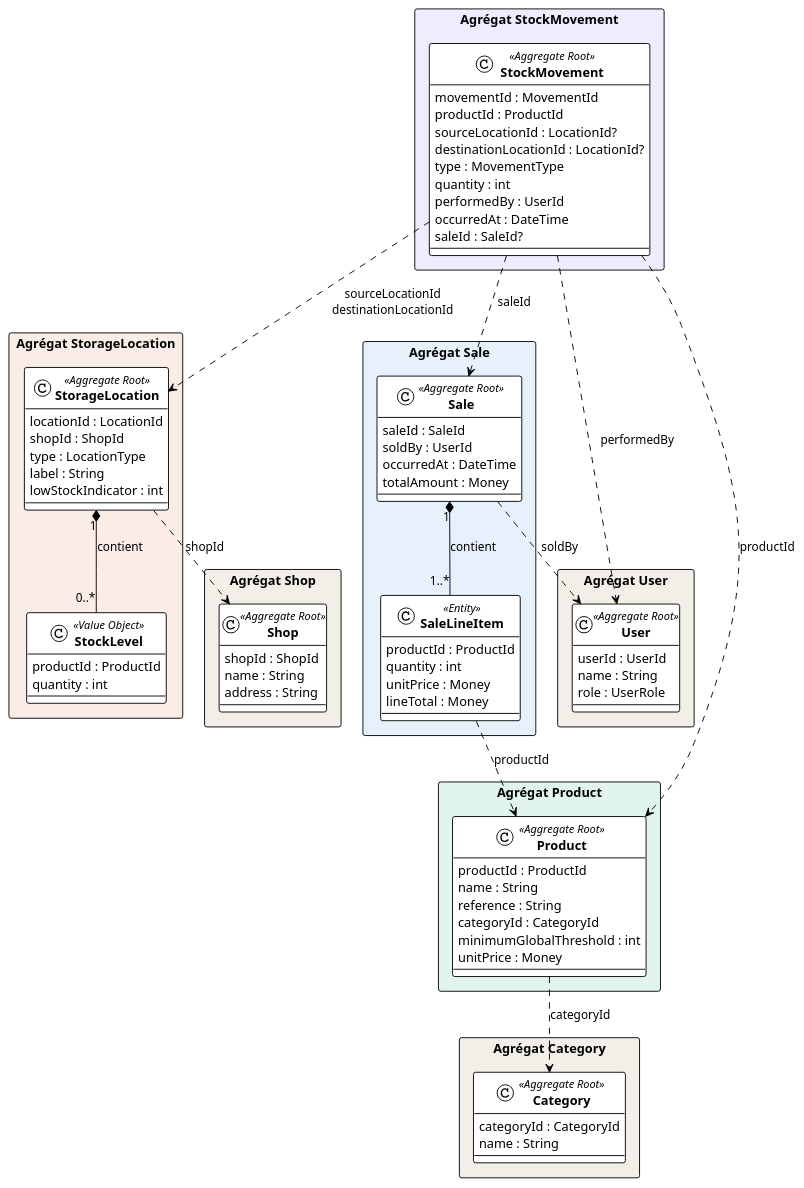
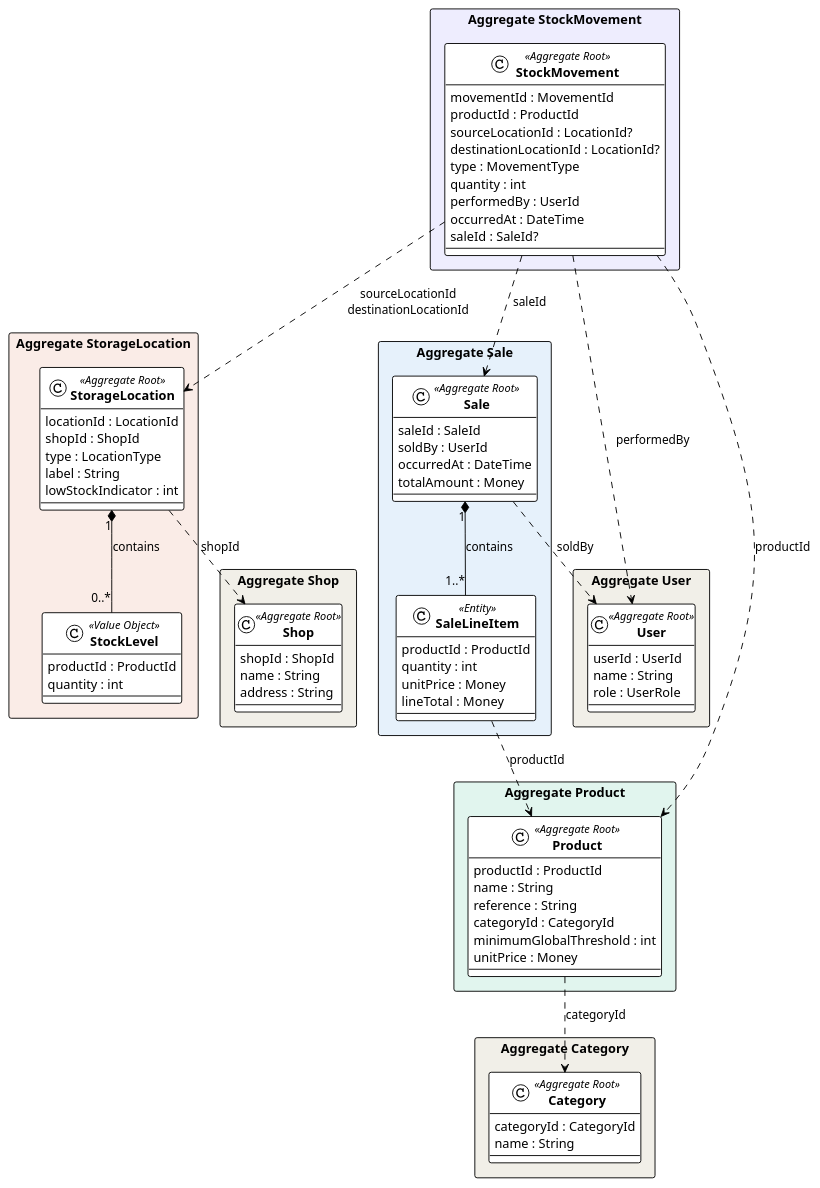
One commit to aliCheikCheikh/auto-stock-management changed the diagram in antora-docs/modules/domain/pages/aggregates.adoc. Above: the diagram before and after it, drawn with PlantUML. The commit also changed other lines of this file and 542 other files, not shown here.

```diff
--- a/antora-docs/modules/domain/pages/aggregates.adoc
+++ b/antora-docs/modules/domain/pages/aggregates.adoc
@@ -31,7 +29,7 @@
 skinparam classAttributeIconSize 0
 skinparam classFontStyle bold
 
-package "Agrégat Product" <<Rectangle>> #E1F5EE {
+package "Aggregate Product" <<Rectangle>> #E1F5EE {
   class Product <<Aggregate Root>> {
     productId : ProductId
     name : String
@@ -42,7 +40,7 @@
   }
 }
 
-package "Agrégat StorageLocation" <<Rectangle>> #FAECE7 {
+package "Aggregate StorageLocation" <<Rectangle>> #FAECE7 {
   class StorageLocation <<Aggregate Root>> {
     locationId : LocationId
     shopId : ShopId
@@ -56,10 +54,10 @@
     quantity : int
   }
 
-  StorageLocation "1" *-- "0..*" StockLevel : contient
+  StorageLocation "1" *-- "0..*" StockLevel : contains
 }
 
-package "Agrégat StockMovement" <<Rectangle>> #EEEDFE {
+package "Aggregate StockMovement" <<Rectangle>> #EEEDFE {
   class StockMovement <<Aggregate Root>> {
     movementId : MovementId
     productId : ProductId
@@ -73,7 +71,7 @@
   }
 }
 
-package "Agrégat Sale" <<Rectangle>> #E6F1FB {
+package "Aggregate Sale" <<Rectangle>> #E6F1FB {
   class Sale <<Aggregate Root>> {
     saleId : SaleId
     soldBy : UserId
@@ -88,17 +86,17 @@
     lineTotal : Money
   }
 
-  Sale "1" *-- "1..*" SaleLineItem : contient
+  Sale "1" *-- "1..*" SaleLineItem : contains
 }
 
-package "Agrégat Category" <<Rectangle>> #F1EFE8 {
+package "Aggregate Category" <<Rectangle>> #F1EFE8 {
   class Category <<Aggregate Root>> {
     categoryId : CategoryId
     name : String
   }
 }
 
-package "Agrégat Shop" <<Rectangle>> #F1EFE8 {
+package "Aggregate Shop" <<Rectangle>> #F1EFE8 {
   class Shop <<Aggregate Root>> {
     shopId : ShopId
     name : String
@@ -106,7 +104,7 @@
   }
 }
 
-package "Agrégat User" <<Rectangle>> #F1EFE8 {
+package "Aggregate User" <<Rectangle>> #F1EFE8 {
   class User <<Aggregate Root>> {
     userId : UserId
     name : String
```
